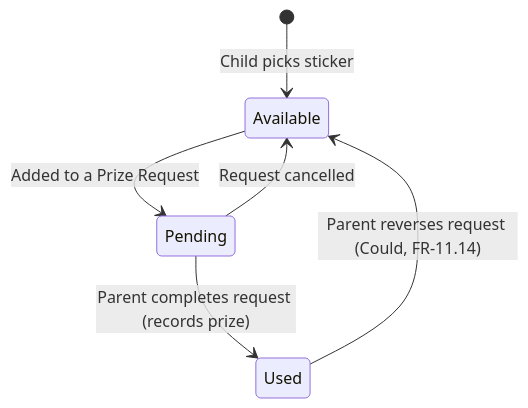
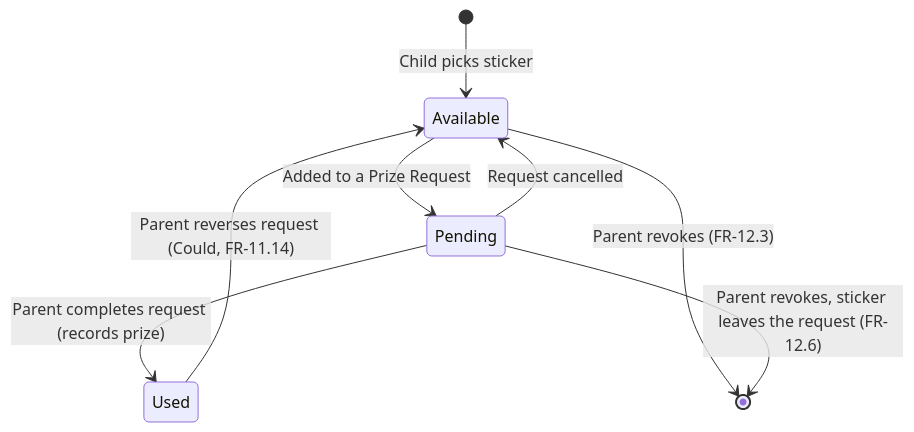
The diagram in docs/FDD.md (pw10n/sticker-bank), drawn with Mermaid before and after one commit. The commit also changed other lines of this file and 437 other files, not shown here.

````diff
--- a/docs/FDD.md
+++ b/docs/FDD.md
@@ -85,8 +87,10 @@
 ```mermaid
 stateDiagram-v2
     [*] --> Available: Child picks sticker
     Available --> Pending: Added to a Prize Request
     Pending --> Used: Parent completes request (records prize)
     Pending --> Available: Request cancelled
     Used --> Available: Parent reverses request (Could, FR-11.14)
+    Available --> [*]: Parent revokes (FR-12.3)
+    Pending --> [*]: Parent revokes, sticker leaves the request (FR-12.6)
 ```
````
